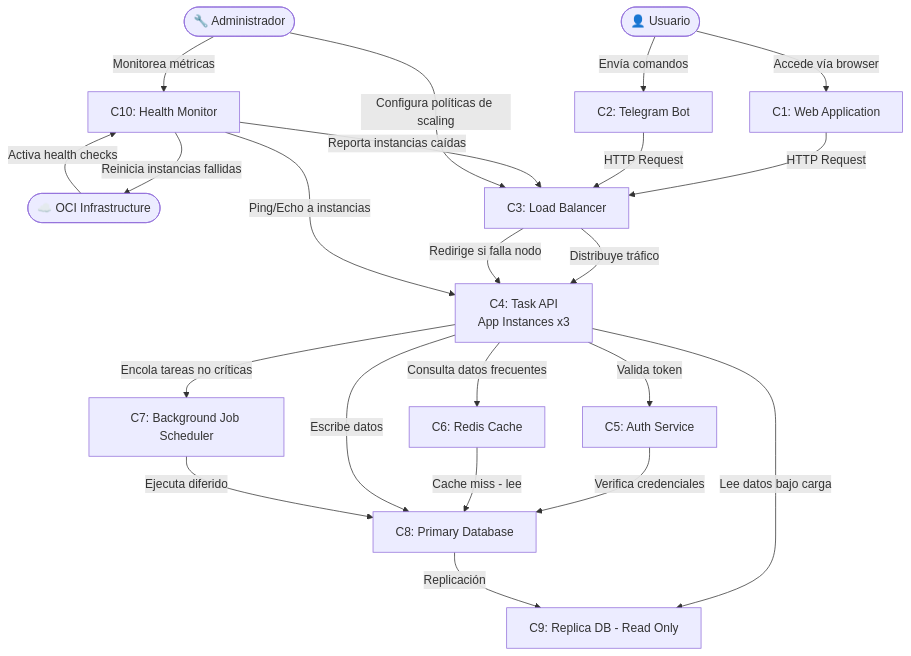
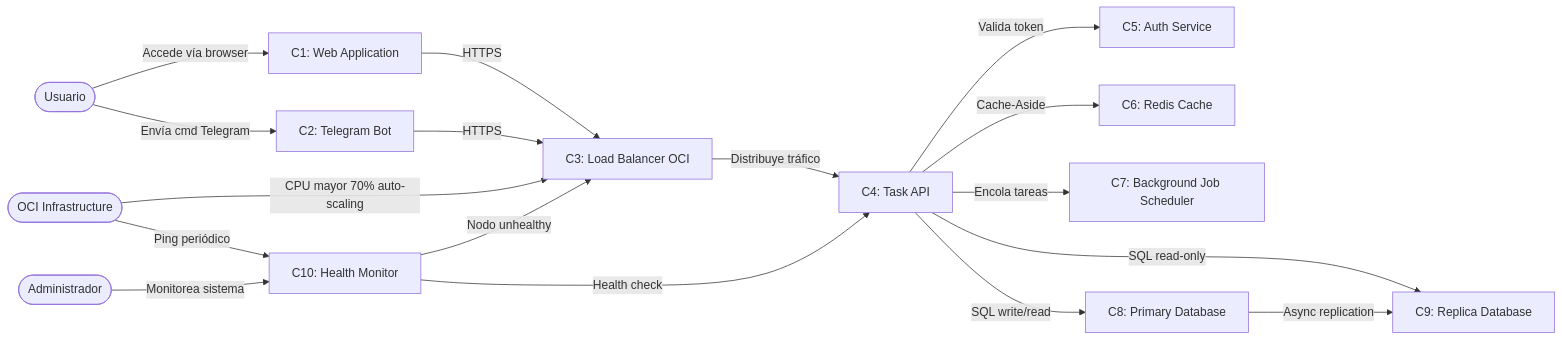
One commit to A01741619/skills-introduction-to-github changed the first of 3 diagrams in README.md. Above: the diagram before and after it, drawn with Mermaid.

Commit message:
Refactor flowchart in README for clarity

````diff
--- a/README.md
+++ b/README.md
@@ -41,62 +41,51 @@
 ```mermaid
-flowchart TD
+flowchart LR
     %% Actors
-    USER([👤 Usuario])
-    ADMIN([🔧 Administrador])
-    OCI_INFRA([☁️ OCI Infrastructure])
+    USR([Usuario])
+    OCI([OCI Infrastructure])
+    ADM([Administrador])
 
-    %% Presentation Layer
-    WEB[C1: Web Application]
-    BOT[C2: Telegram Bot]
+    %% Components
+    C1[C1: Web Application]
+    C2[C2: Telegram Bot]
+    C3[C3: Load Balancer OCI]
+    C4[C4: Task API]
+    C5[C5: Auth Service]
+    C6[C6: Redis Cache]
+    C7[C7: Background Job Scheduler]
+    C8[C8: Primary Database]
+    C9[C9: Replica Database]
+    C10[C10: Health Monitor]
 
-    %% Infrastructure
-    LB[C3: Load Balancer]
-    HEALTH[C10: Health Monitor]
+    %% Usuario flows
+    USR -->|Accede vía browser| C1
+    USR -->|Envía cmd Telegram| C2
 
-    %% Application Layer
-    API[C4: Task API\nApp Instances x3]
-    AUTH[C5: Auth Service]
-    SCHEDULER[C7: Background Job Scheduler]
+    %% Hacia Load Balancer
+    C1 -->|HTTPS| C3
+    C2 -->|HTTPS| C3
 
-    %% Data Layer
-    CACHE[C6: Redis Cache]
-    DBPRIMARY[C8: Primary Database]
-    DBREPLICA[C9: Replica DB - Read Only]
+    %% Load Balancer → Task API
+    C3 -->|Distribuye tráfico| C4
 
-    %% User flows
-    USER -->|Accede vía browser| WEB
-    USER -->|Envía comandos| BOT
-    WEB -->|HTTP Request| LB
-    BOT -->|HTTP Request| LB
+    %% Task API → servicios
+    C4 -->|Valida token| C5
+    C4 -->|Cache-Aside| C6
+    C4 -->|SQL write/read| C8
+    C4 -->|SQL read-only| C9
+    C4 -->|Encola tareas| C7
 
-    %% Load Balancer routes
-    LB -->|Distribuye tráfico| API
-    LB -->|Redirige si falla nodo| API
+    %% Replicación
+    C8 -->|Async replication| C9
 
-    %% Auth flow
-    API -->|Valida token| AUTH
-    AUTH -->|Verifica credenciales| DBPRIMARY
-
-    %% Task API data flow
-    API -->|Consulta datos frecuentes| CACHE
-    CACHE -->|Cache miss - lee| DBPRIMARY
-    API -->|Escribe datos| DBPRIMARY
-    API -->|Lee datos bajo carga| DBREPLICA
-
-    %% DB Replication
-    DBPRIMARY -->|Replicación| DBREPLICA
-
-    %% Background Jobs
-    API -->|Encola tareas no críticas| SCHEDULER
-    SCHEDULER -->|Ejecuta diferido| DBPRIMARY
+    %% OCI flows
+    OCI -->|CPU mayor 70% auto-scaling| C3
+    OCI -->|Ping periódico| C10
 
     %% Health Monitor
-    OCI_INFRA -->|Activa health checks| HEALTH
-    HEALTH -->|Ping/Echo a instancias| API
-    HEALTH -->|Reporta instancias caídas| LB
-    HEALTH -->|Reinicia instancias fallidas| OCI_INFRA
+    C10 -->|Health check| C4
+    C10 -->|Nodo unhealthy| C3
 
-    %% Admin
-    ADMIN -->|Monitorea métricas| HEALTH
-    ADMIN -->|Configura políticas de scaling| LB
+    %% Administrador
+    ADM -->|Monitorea sistema| C10
 ```
````
